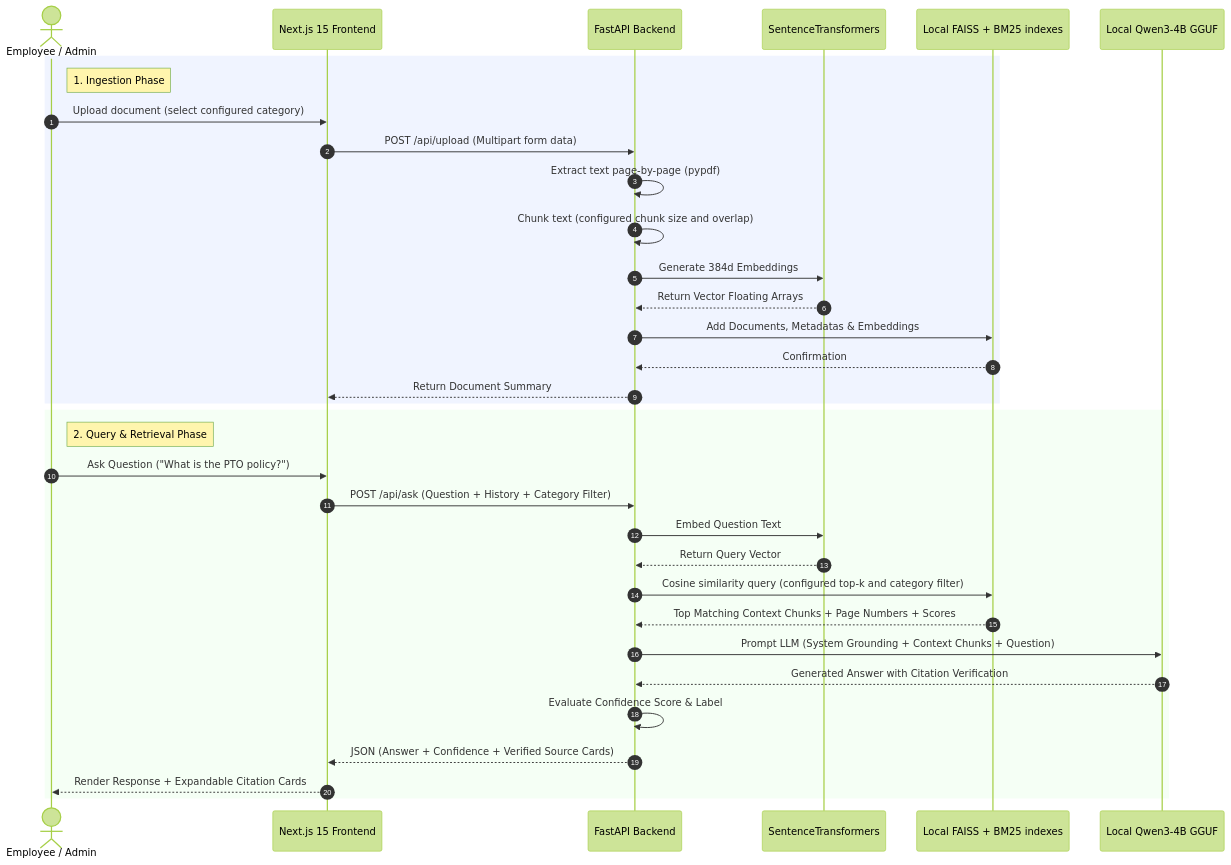
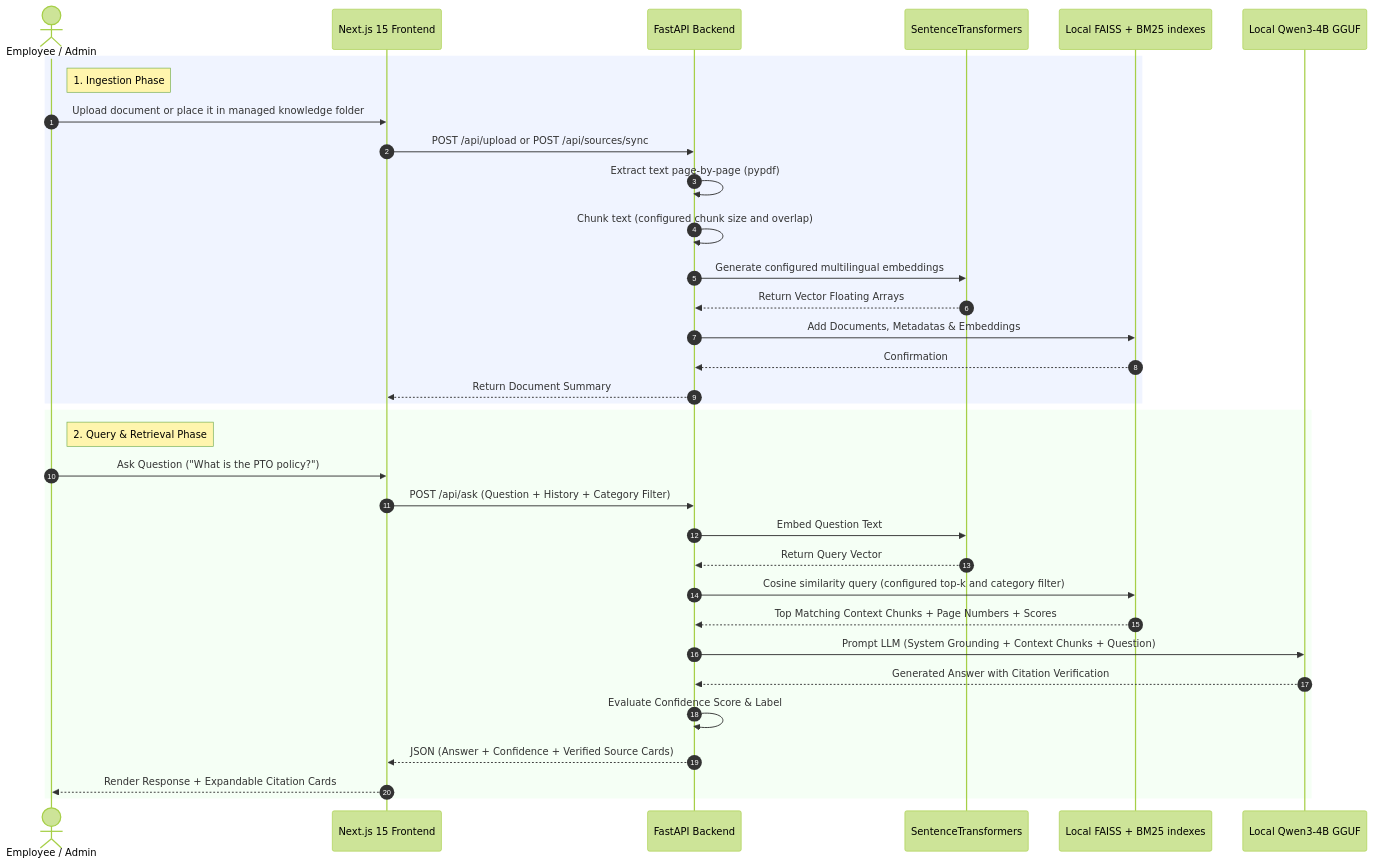
One commit to youcefamar/docMind changed the diagram in docs/architecture.md. Above: the diagram before and after it, drawn with Mermaid (forest theme). The commit also changed other lines of this file and 13 other files, not shown here.

Commit message:
feat: Implement managed knowledge folder synchronization with API endpoints and frontend integration

````diff
--- a/docs/architecture.md
+++ b/docs/architecture.md
@@ -15,38 +15,38 @@
 ```mermaid
 sequenceDiagram
     autonumber
     actor Employee as Employee / Admin
     participant FE as Next.js 15 Frontend
     participant BE as FastAPI Backend
     participant Emb as SentenceTransformers
     participant DB as Local FAISS + BM25 indexes
     participant LLM as Local Qwen3-4B GGUF
 
     rect rgb(240, 244, 255)
     note right of Employee: 1. Ingestion Phase
-    Employee->>FE: Upload document (select configured category)
-    FE->>BE: POST /api/upload (Multipart form data)
+    Employee->>FE: Upload document or place it in managed knowledge folder
+    FE->>BE: POST /api/upload or POST /api/sources/sync
     BE->>BE: Extract text page-by-page (pypdf)
     BE->>BE: Chunk text (configured chunk size and overlap)
-    BE->>Emb: Generate 384d Embeddings
+    BE->>Emb: Generate configured multilingual embeddings
     Emb-->>BE: Return Vector Floating Arrays
     BE->>DB: Add Documents, Metadatas & Embeddings
     DB-->>BE: Confirmation
     BE-->>FE: Return Document Summary
     end
 
     rect rgb(245, 255, 245)
     note right of Employee: 2. Query & Retrieval Phase
     Employee->>FE: Ask Question ("What is the PTO policy?")
     FE->>BE: POST /api/ask (Question + History + Category Filter)
     BE->>Emb: Embed Question Text
     Emb-->>BE: Return Query Vector
     BE->>DB: Cosine similarity query (configured top-k and category filter)
     DB-->>BE: Top Matching Context Chunks + Page Numbers + Scores
     BE->>LLM: Prompt LLM (System Grounding + Context Chunks + Question)
     LLM-->>BE: Generated Answer with Citation Verification
     BE->>BE: Evaluate Confidence Score & Label
     BE-->>FE: JSON (Answer + Confidence + Verified Source Cards)
     FE-->>Employee: Render Response + Expandable Citation Cards
     end
 ```
````
